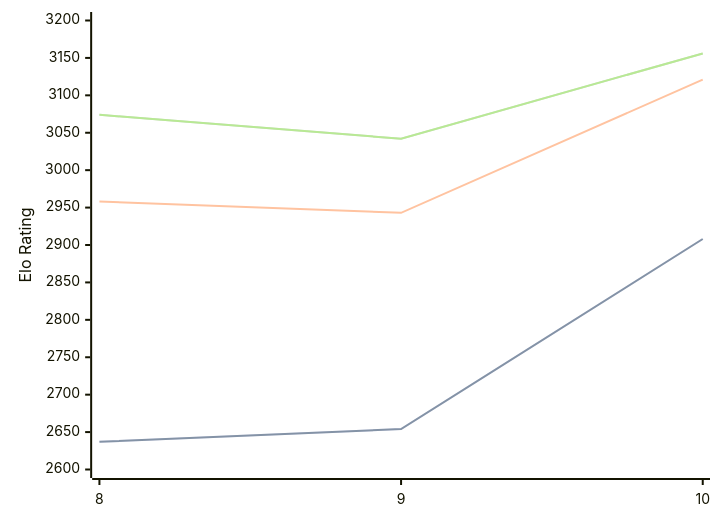
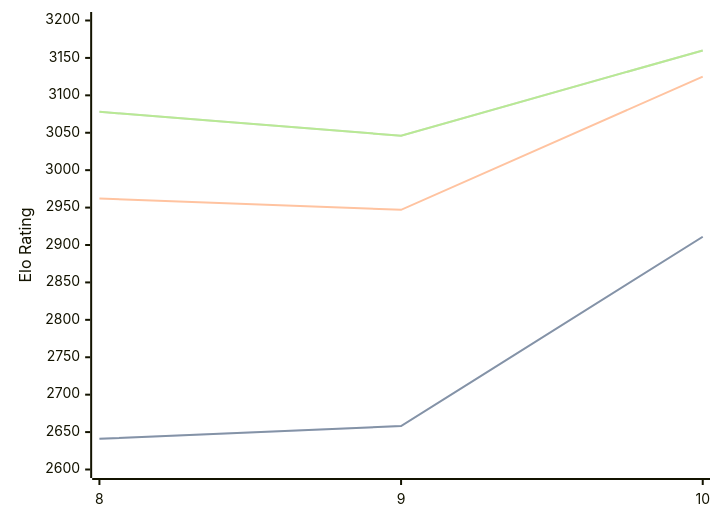
One commit to computer-chess-index/cci changed the diagram in engines/Lozza.md. Above: the diagram before and after it, drawn with Mermaid. The commit also changed other lines of this file, not shown here.

Commit message:
Update CCI Ratings (ELO VLTC) - 2026-05-02

````diff
--- a/engines/Lozza.md
+++ b/engines/Lozza.md
@@ -41,11 +41,11 @@
 ```mermaid
 %%{init: {"theme":"base","themeVariables":{"seriesColors:['#a3a3a3','#222221','#faa371']}}}%%
 xychart-beta
   x-axis ["8", "9", "10"]
   y-axis "Elo Rating" 2600 --> 3200
-  line "STC (8.0+0.08s)" [2637, 2654, 2908]
-  line "STC (8.0+0.08s)" [2637, 2654, 2908]
-  line "LTC (60.0+0.60s)" [2958, 2943, 3121]
-  line "VLTC (2m24s+1.12s)" [3074, 3042, 3156]
-  line "VLTC (2m24s+1.12s)" [3074, 3042, 3156]
+  line "STC (8.0+0.08s)" [2641, 2658, 2911]
+  line "STC (8.0+0.08s)" [2641, 2658, 2911]
+  line "LTC (60.0+0.60s)" [2962, 2947, 3125]
+  line "VLTC (2m24s+1.12s)" [3078, 3046, 3160]
+  line "VLTC (2m24s+1.12s)" [3078, 3046, 3160]
 ```
````
